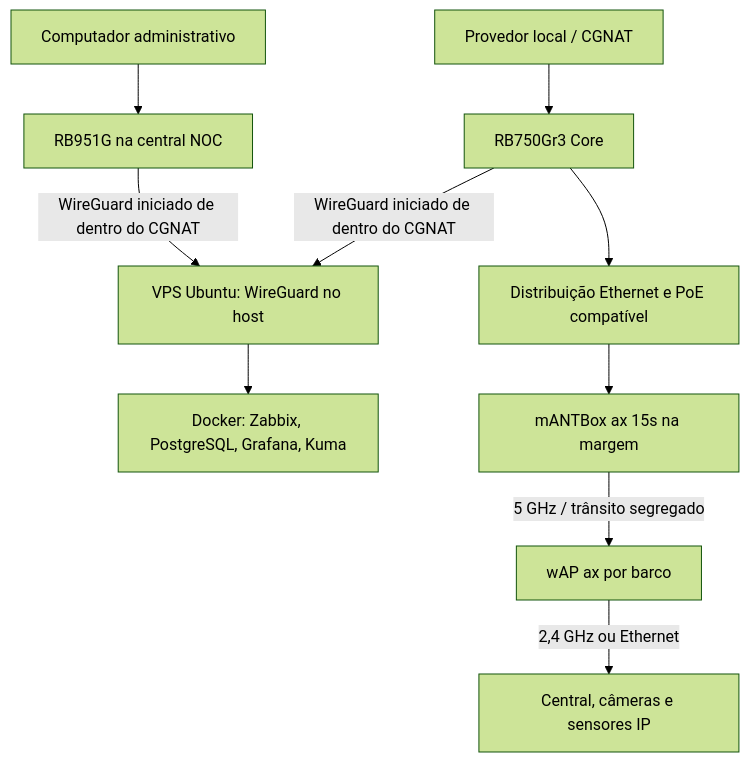
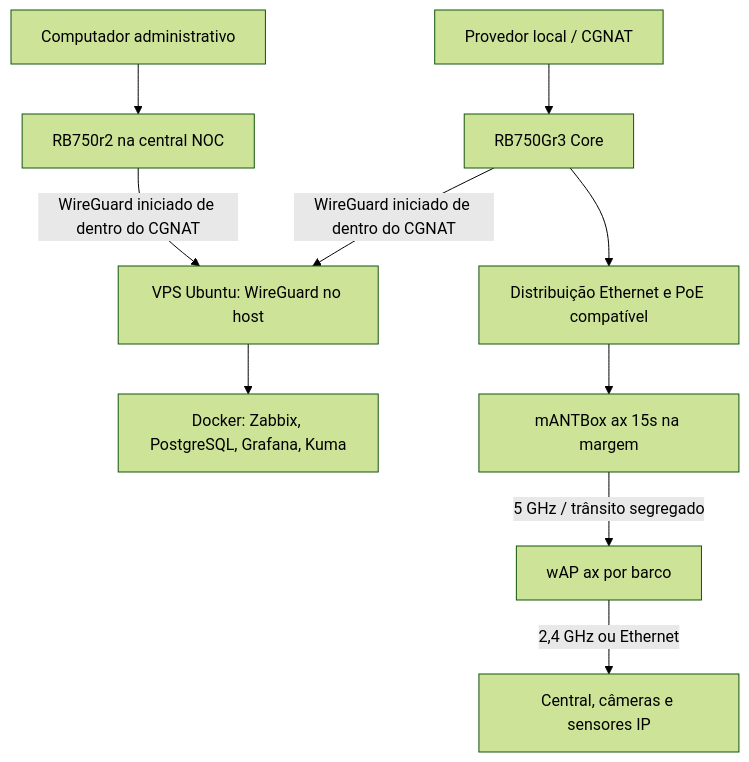
Before and after one commit to Wittemberg/wifi-Guarderia: the diagram in docs/01-architecture/ARCHITECTURE.md, drawn with Mermaid (forest theme). The commit also changed other lines of this file and 21 other files, not shown here.

Commit message:
docs: consolida inventario atual e gateway da central NOC

````diff
--- a/docs/01-architecture/ARCHITECTURE.md
+++ b/docs/01-architecture/ARCHITECTURE.md
@@ -7,12 +7,12 @@
 ```mermaid
 flowchart TD
-  PC[Computador administrativo] --> NOC[RB951G na central NOC]
+  PC[Computador administrativo] --> NOC[RB750r2 na central NOC]
   NOC -->|WireGuard iniciado de dentro do CGNAT| VPS[VPS Ubuntu: WireGuard no host]
   ISP[Provedor local / CGNAT] --> CORE[RB750Gr3 Core]
   CORE -->|WireGuard iniciado de dentro do CGNAT| VPS
   CORE --> POE[Distribuição Ethernet e PoE compatível]
   POE --> AP[mANTBox ax 15s na margem]
   AP -->|5 GHz / trânsito segregado| WAP[wAP ax por barco]
   WAP -->|2,4 GHz ou Ethernet| KIT[Central, câmeras e sensores IP]
   VPS --> MONITORING[Docker: Zabbix, PostgreSQL, Grafana, Kuma]
 ```
````
